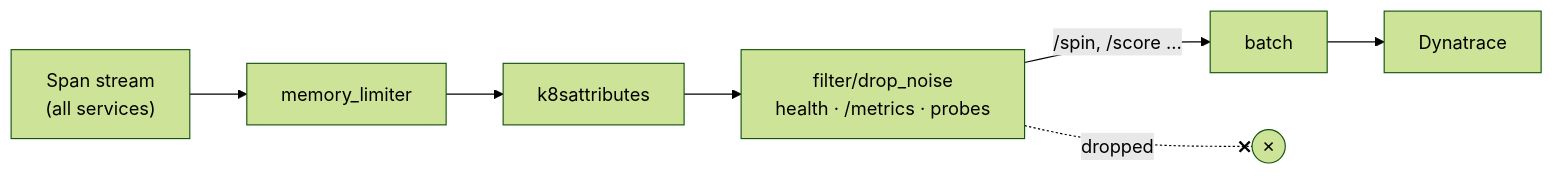
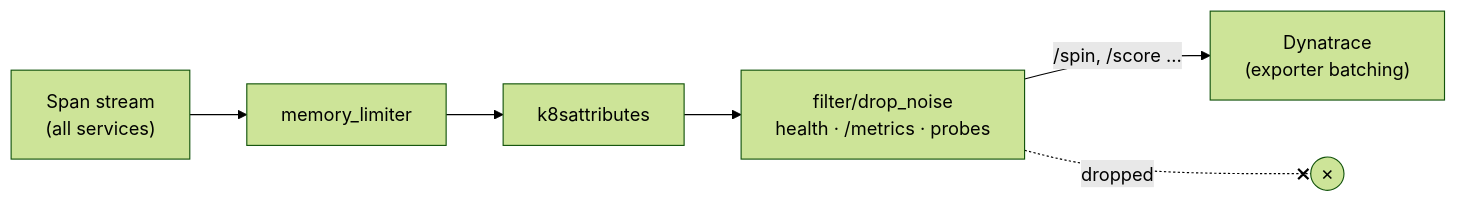
One commit to agardnerIT/Otel-Training changed the diagram in docs-site/advanced/catalog-b3-filter-drop-noise.md. Above: the diagram before and after it, drawn with Mermaid (forest theme). The commit also changed other lines of this file and 30 other files, not shown here.

First line of the commit message:
fix: replace deprecated Collector batch processor with exporter-level batching

````diff
--- a/docs-site/advanced/catalog-b3-filter-drop-noise.md
+++ b/docs-site/advanced/catalog-b3-filter-drop-noise.md
@@ -18,9 +18,8 @@
 ```mermaid
 flowchart LR
   spans["Span stream<br/>(all services)"] --> ml["memory_limiter"]
   ml --> k8s["k8sattributes"]
   k8s --> f["filter/drop_noise<br/>health · /metrics · probes"]
-  f -->|"/spin, /score …"| b["batch"]
+  f -->|"/spin, /score …"| dt["Dynatrace<br/>(exporter batching)"]
   f -. "dropped" .-x drop(("✗"))
-  b --> dt["Dynatrace"]
 ```
````
